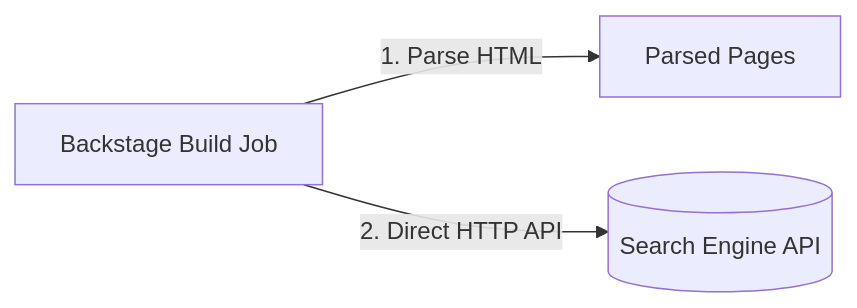
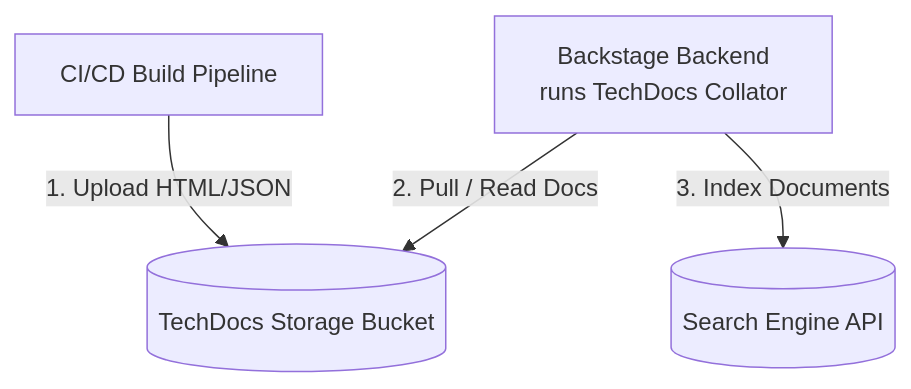
Before and after one commit to cooldemos/community-plugins: the fourth of 7 diagrams in workspaces/hybrid-search/docs/architecture.md, drawn with Mermaid. The commit also changed other lines of this file, not shown here.

Commit message:
docs: correct techdocs ingestion architectures flow in docs/architecture.md

````diff
--- a/workspaces/hybrid-search/docs/architecture.md
+++ b/workspaces/hybrid-search/docs/architecture.md
@@ -120,5 +120,6 @@
 ```mermaid
-graph LR
-    LocalBuilder[Backstage Build Job] -->|1. Parse HTML| Docs[Parsed Pages]
-    LocalBuilder -->|2. Direct HTTP API| SearchEngine[(Search Engine API)]
+graph TD
+    Pipeline[CI/CD Build Pipeline] -->|1. Upload HTML/JSON| GCS[(TechDocs Storage Bucket)]
+    BS[Backstage Backend <br> runs TechDocs Collator] -->|2. Pull / Read Docs| GCS
+    BS -->|3. Index Documents| SearchEngine[(Search Engine API)]
 ```
````
